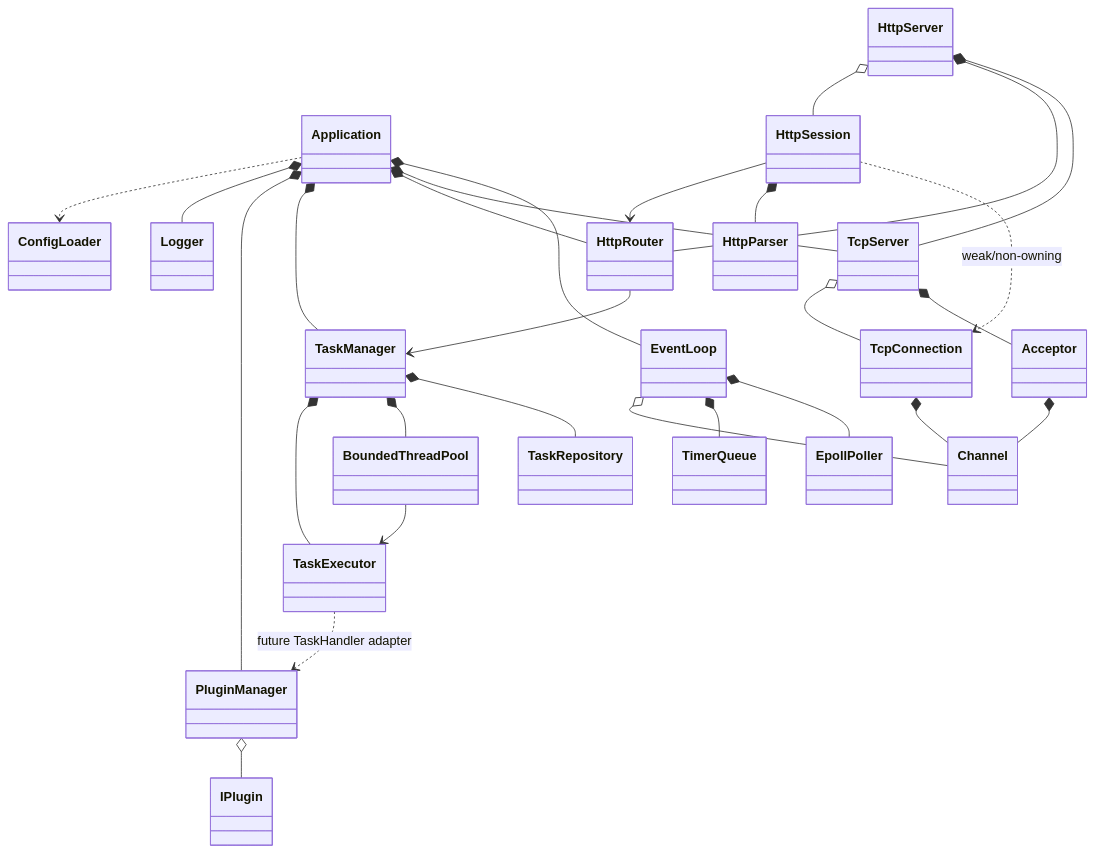
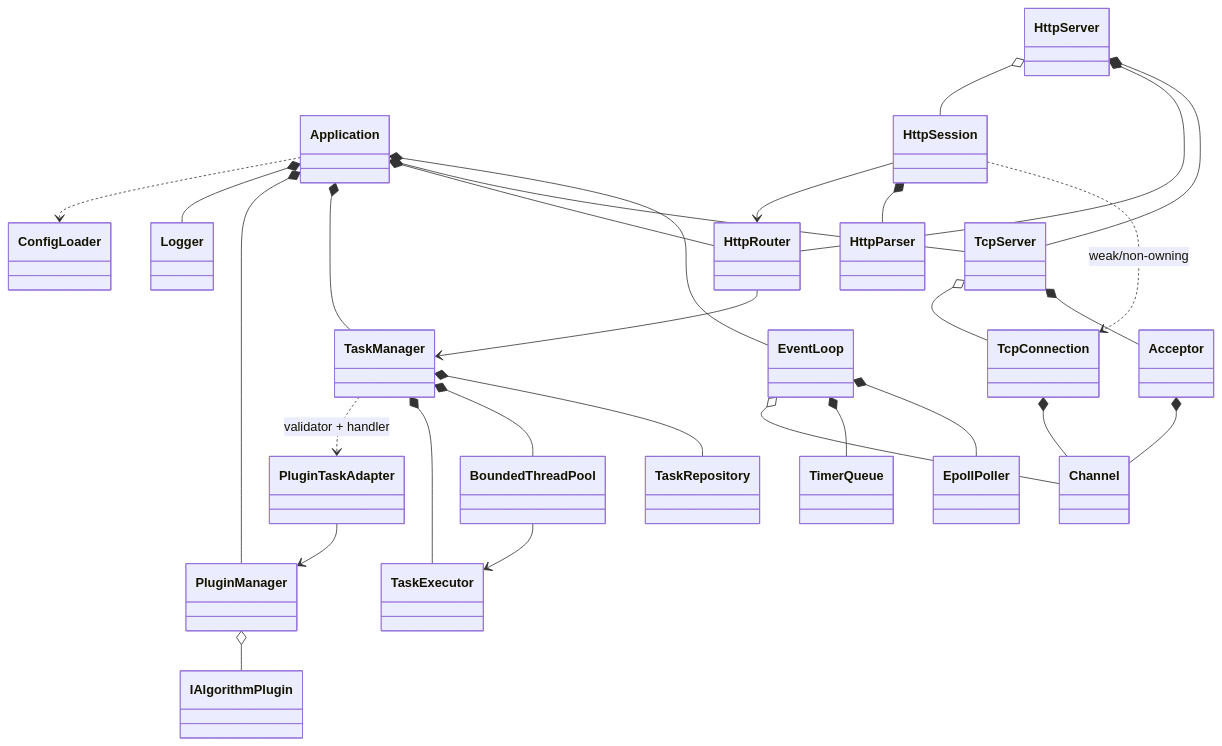
The second of 10 diagrams in docs/architecture.md (realme-max/IndustrialAIServiceFramework), drawn with Mermaid before and after one commit. The commit also changed other lines of this file and 39 other files, not shown here.

````diff
--- a/docs/architecture.md
+++ b/docs/architecture.md
@@ -310,53 +361,55 @@
 ```mermaid
 classDiagram
     class Application
     class EventLoop
     class EpollPoller
     class Channel
     class Acceptor
     class TcpServer
     class TcpConnection
     class HttpServer
     class HttpSession
     class HttpParser
     class HttpRouter
     class TaskManager
     class TaskRepository
     class BoundedThreadPool
     class TaskExecutor
     class PluginManager
-    class IPlugin
+    class PluginTaskAdapter
+    class IAlgorithmPlugin
     class TimerQueue
     class Logger
     class ConfigLoader
 
     Application *-- EventLoop
     Application *-- TcpServer
     Application *-- HttpRouter
     Application *-- TaskManager
     Application *-- PluginManager
     Application *-- Logger
     Application ..> ConfigLoader
 
     EventLoop *-- EpollPoller
     EventLoop *-- TimerQueue
     EventLoop o-- Channel
     TcpServer *-- Acceptor
     Acceptor *-- Channel
     TcpServer o-- TcpConnection
     TcpConnection *-- Channel
     HttpServer *-- TcpServer
     HttpServer *-- HttpRouter
     HttpServer o-- HttpSession
     HttpSession ..> TcpConnection : weak/non-owning
     HttpSession *-- HttpParser
     HttpSession --> HttpRouter
 
     HttpRouter --> TaskManager
     TaskManager *-- TaskRepository
     TaskManager *-- BoundedThreadPool
     TaskManager *-- TaskExecutor
     BoundedThreadPool --> TaskExecutor
-    TaskExecutor ..> PluginManager : future TaskHandler adapter
-    PluginManager o-- IPlugin
+    TaskManager ..> PluginTaskAdapter : validator + handler
+    PluginTaskAdapter --> PluginManager
+    PluginManager o-- IAlgorithmPlugin
 ```
````
